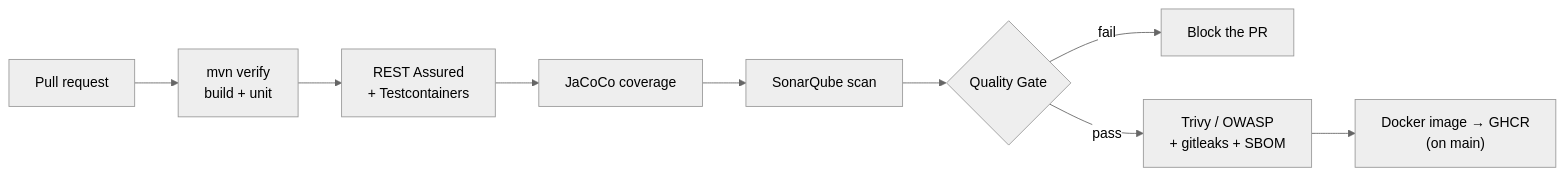
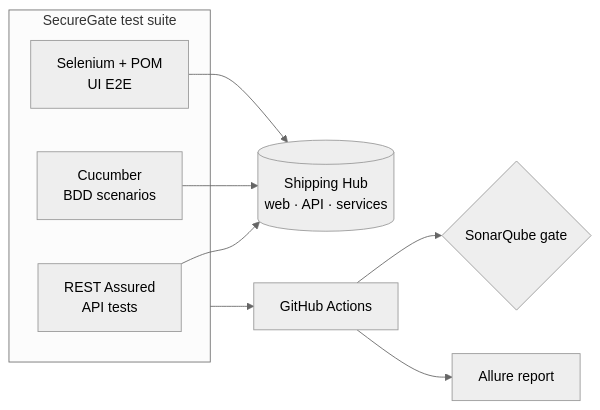
Before and after one commit to brunocarbone98/projects: the diagram in SecureGate/README.md, drawn with Mermaid (neutral theme). The commit also changed other lines of this file and 14 other files, not shown here.

First line of the commit message:
docs(securegate): re-orient SecureGate as the QA test suite for Shipping Hub

````diff
--- a/SecureGate/README.md
+++ b/SecureGate/README.md
@@ -13,11 +17,15 @@
 ```mermaid
 flowchart LR
-    PR[Pull request] --> B["mvn verify<br/>build + unit"]
-    B --> IT["REST Assured<br/>+ Testcontainers"]
-    IT --> COV[JaCoCo coverage]
-    COV --> SQ[SonarQube scan]
-    SQ --> GATE{Quality Gate}
-    GATE -- fail --> BLOCK[Block the PR]
-    GATE -- pass --> SCAN["Trivy / OWASP<br/>+ gitleaks + SBOM"]
-    SCAN --> IMG["Docker image → GHCR<br/>(on main)"]
+    subgraph SG["SecureGate test suite"]
+      API["REST Assured<br/>API tests"]
+      BDD["Cucumber<br/>BDD scenarios"]
+      UI["Selenium + POM<br/>UI E2E"]
+    end
+    API --> SUT
+    BDD --> SUT
+    UI --> SUT
+    SUT[("Shipping Hub<br/>web · API · services")]
+    SG --> CI["GitHub Actions"]
+    CI --> GATE{"SonarQube gate"}
+    CI --> REP["Allure report"]
 ```
````
